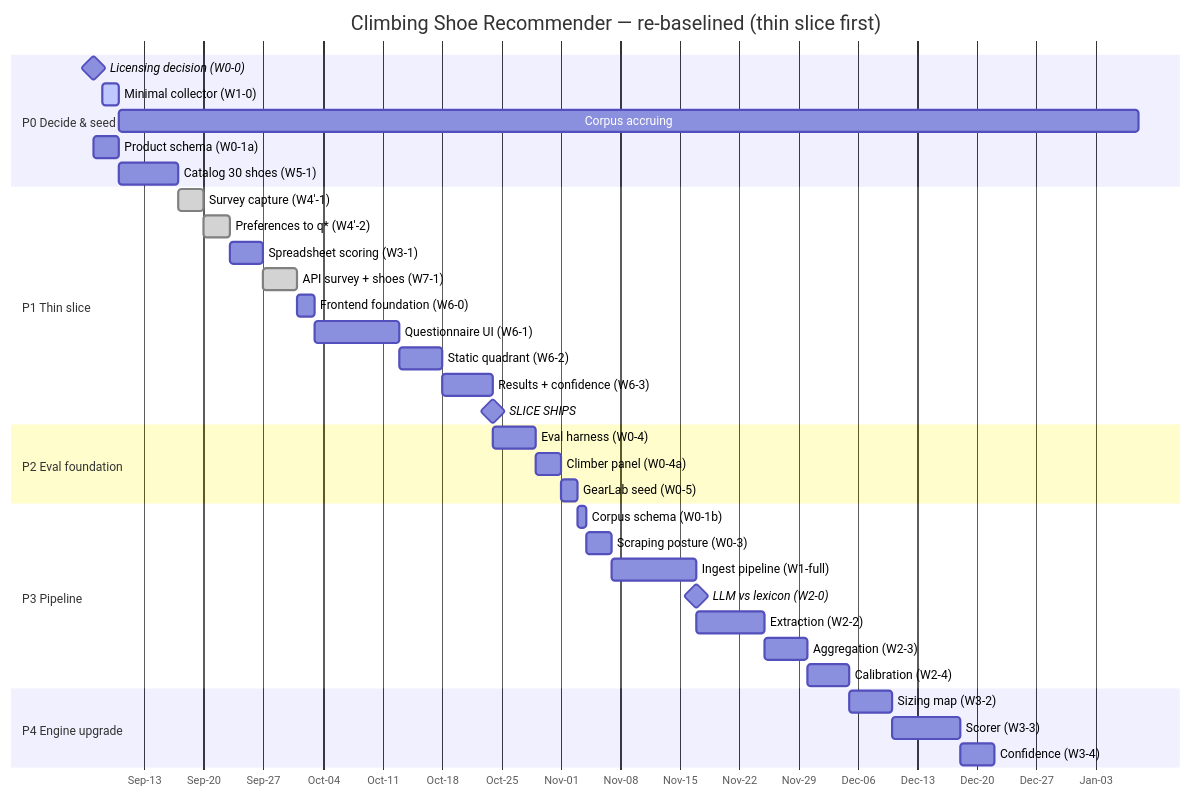
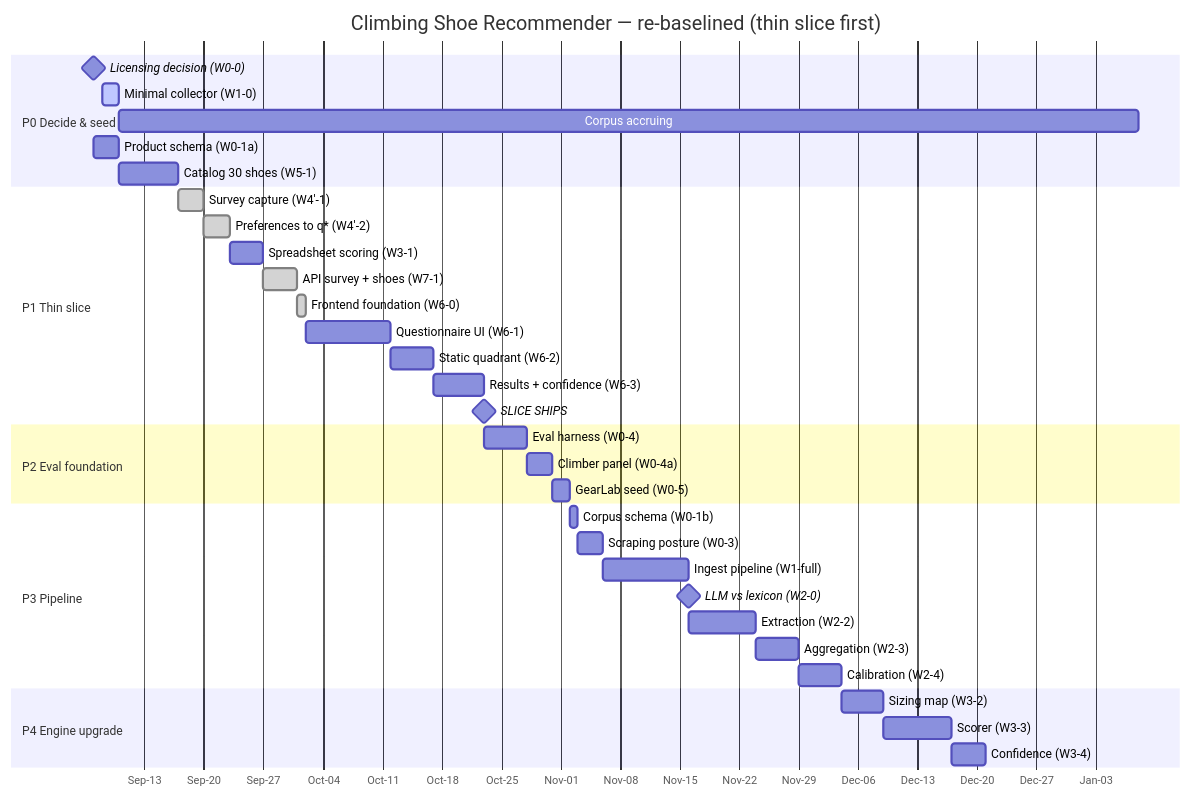
Before and after one commit to barlu3/CruxUp: the second of 2 diagrams in timeline.md, drawn with Mermaid. The commit also changed other lines of this file and 2 other files, not shown here.

First line of the commit message:
W6-0-C: document the frontend foundation; mark W6-0 done

````diff
--- a/timeline.md
+++ b/timeline.md
@@ -638,43 +639,43 @@
 ```mermaid
 gantt
   title Climbing Shoe Recommender — re-baselined (thin slice first)
   dateFormat YYYY-MM-DD
   axisFormat %b-%d
 
   section P0 Decide & seed
   Licensing decision (W0-0)        :milestone, m0, 2026-09-07, 0d
   Minimal collector (W1-0)         :active, c0, 2026-09-08, 2d
   Corpus accruing                  :c1, after c0, 120d
   Product schema (W0-1a)           :p0a, 2026-09-07, 3d
   Catalog 30 shoes (W5-1)          :p0b, after p0a, 7d
 
   section P1 Thin slice
   Survey capture (W4'-1)           :done, p1a0, 2026-09-17, 3d
   Preferences to q* (W4'-2)        :done, p1a, after p1a0, 3d
   Spreadsheet scoring (W3-1)       :p1b, after p1a, 4d
   API survey + shoes (W7-1)        :done, p1b2, after p1b, 4d
-  Frontend foundation (W6-0)       :p1b3, after p1b2, 2d
-  Questionnaire UI (W6-1)          :p1c, after p1b3, 10d
+  Frontend foundation (W6-0)       :done, p1b3, 2026-10-01, 1d
+  Questionnaire UI (W6-1)          :p1c, after p1b2 p1b3, 10d
   Static quadrant (W6-2)           :p1d, after p1c, 5d
   Results + confidence (W6-3)      :p1e, after p1d, 6d
   SLICE SHIPS                      :milestone, m1, after p1e, 0d
 
   section P2 Eval foundation
   Eval harness (W0-4)              :p2a, after p1e, 5d
   Climber panel (W0-4a)            :p2b, after p2a, 3d
   GearLab seed (W0-5)              :p2c, after p2b, 2d
 
   section P3 Pipeline
   Corpus schema (W0-1b)            :p3a, after p2c, 1d
   Scraping posture (W0-3)          :p3b, after p3a, 3d
   Ingest pipeline (W1-full)        :p3c, after p3b, 10d
   LLM vs lexicon (W2-0)            :milestone, m2, after p3c, 0d
   Extraction (W2-2)                :p3d, after p3c, 8d
   Aggregation (W2-3)               :p3e, after p3d, 5d
   Calibration (W2-4)               :p3f, after p3e, 5d
 
   section P4 Engine upgrade
   Sizing map (W3-2)                :p4a, after p3f, 5d
   Scorer (W3-3)                    :p4b, after p4a, 8d
   Confidence (W3-4)                :p4c, after p4b, 4d
 ```
````
